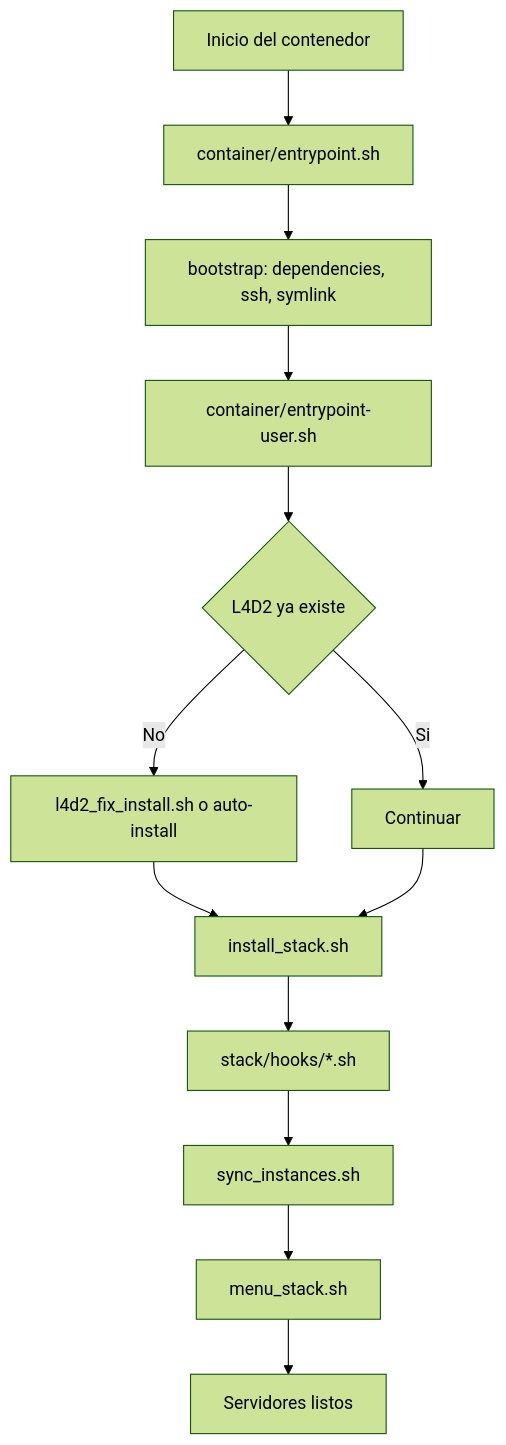
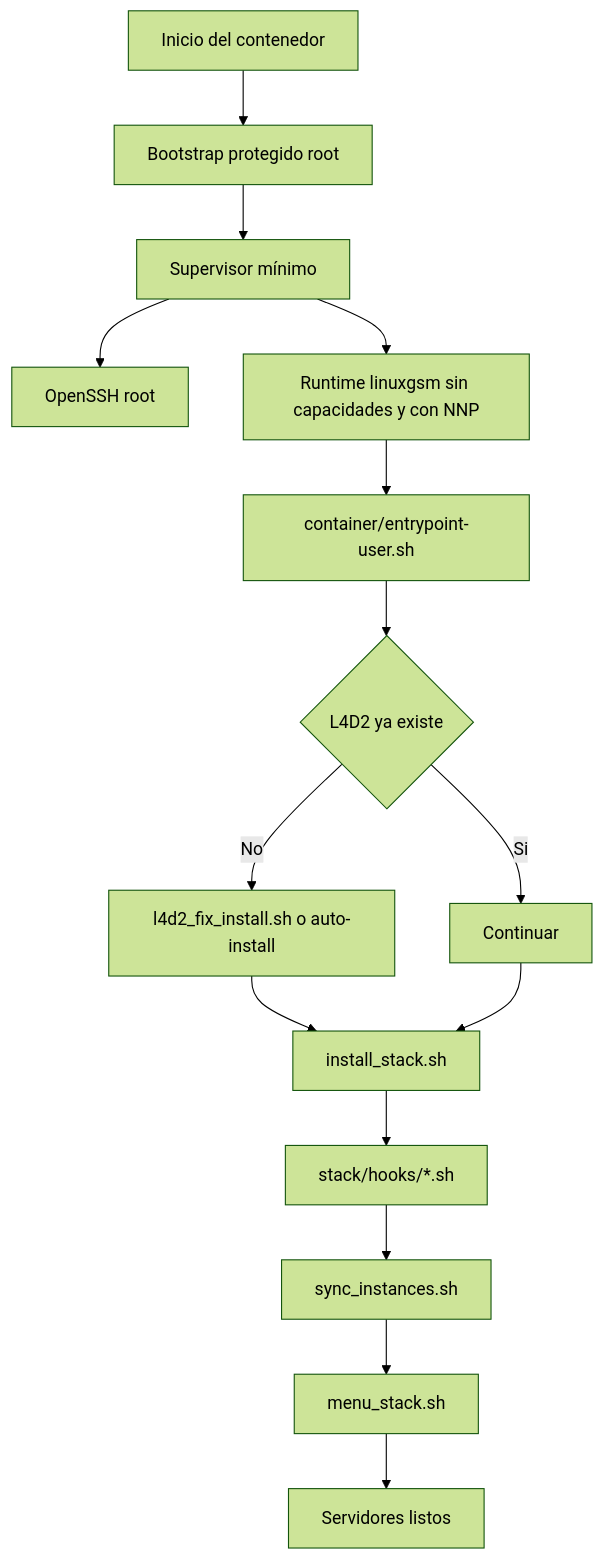
One commit to AoC-Gamers/Docker-L4D2-Competitive changed the first of 2 diagrams in docs/flowcharts.md. Above: the diagram before and after it, drawn with Mermaid (forest theme). The commit also changed other lines of this file and 29 other files, not shown here.

Commit message:
feat: protect root bootstrap and supervise unprivileged gameservers

````diff
--- a/docs/flowcharts.md
+++ b/docs/flowcharts.md
@@ -5,15 +5,17 @@
 ```mermaid
 graph TD
-    A[Inicio del contenedor] --> B[container/entrypoint.sh]
-    B --> C[bootstrap: dependencies, ssh, symlink]
-    C --> D[container/entrypoint-user.sh]
+    A[Inicio del contenedor] --> B[Bootstrap protegido root]
+    B --> C[Supervisor mínimo]
+    C --> SSH[OpenSSH root]
+    C --> R[Runtime linuxgsm sin capacidades y con NNP]
+    R --> D[container/entrypoint-user.sh]
     D --> E{L4D2 ya existe}
     E -->|No| F[l4d2_fix_install.sh o auto-install]
     E -->|Si| G[Continuar]
     F --> H[install_stack.sh]
     G --> H
     H --> I[stack/hooks/*.sh]
     I --> J[sync_instances.sh]
     J --> K[menu_stack.sh]
     K --> L[Servidores listos]
 ```
````
